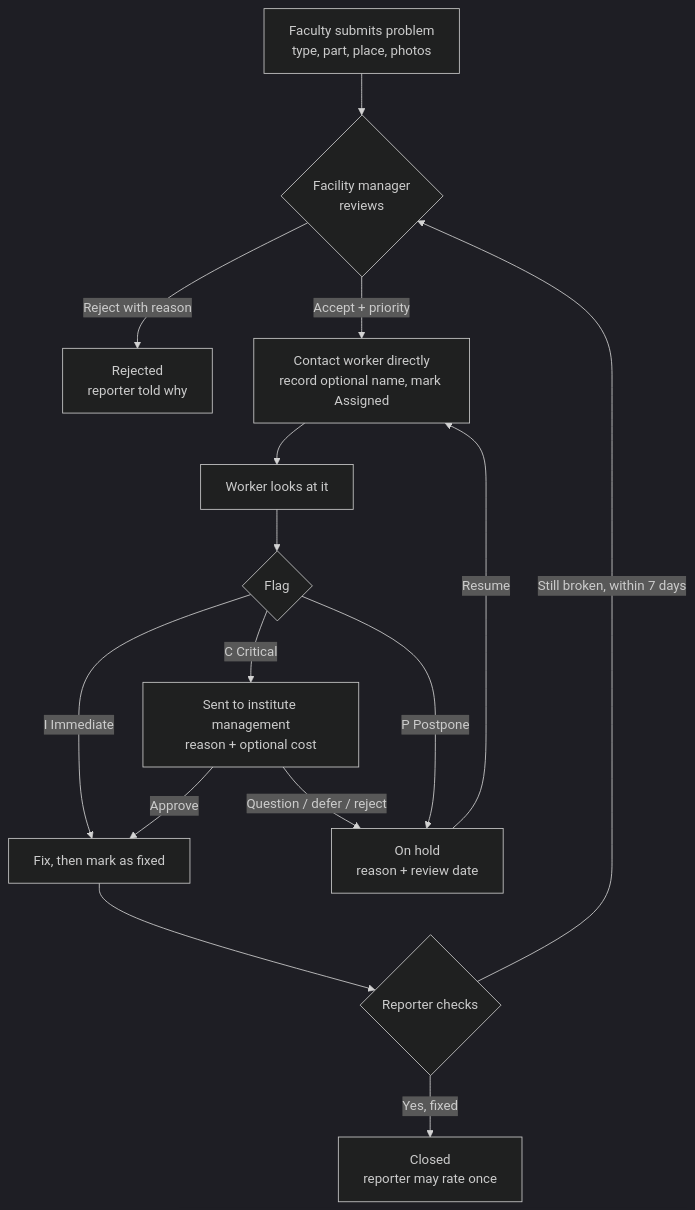
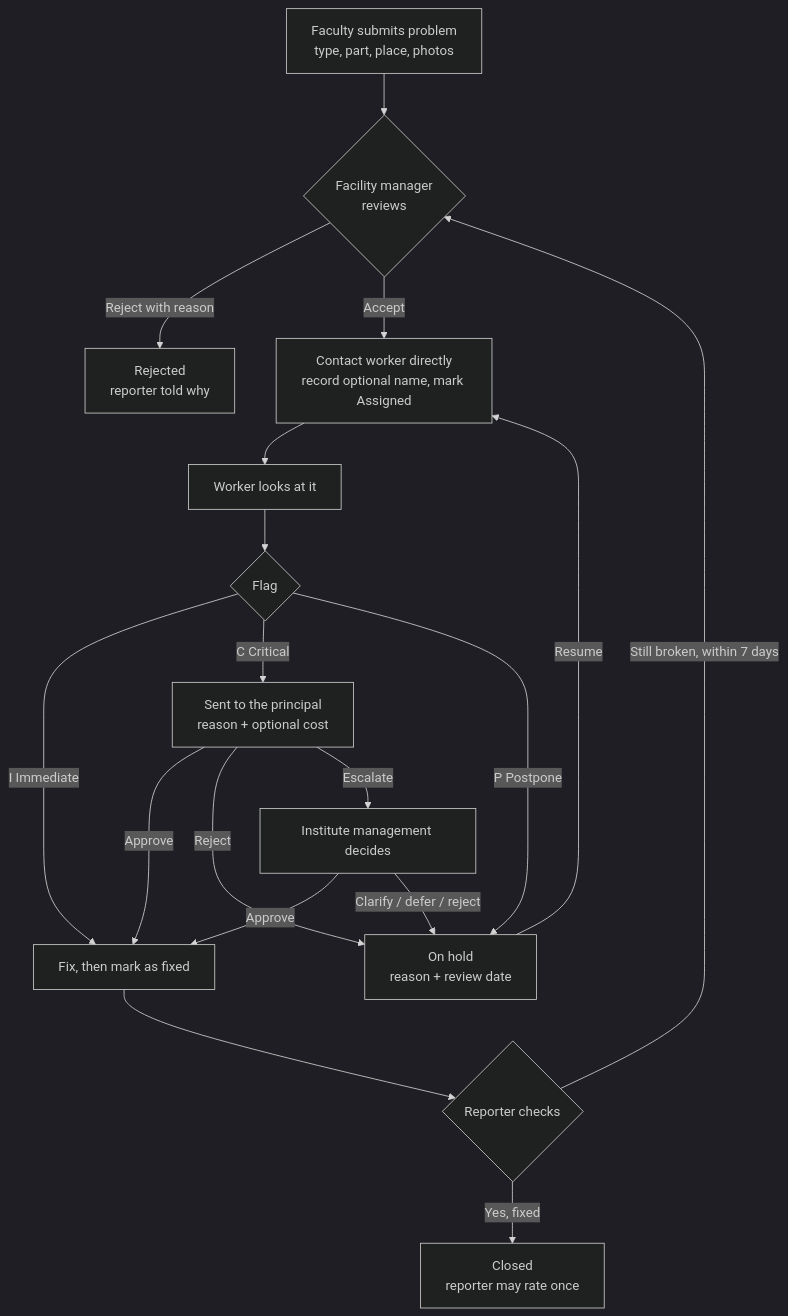
One commit to OSSC-DBIT/pcms changed the third of 5 diagrams in docs/ARCHITECTURE.md. Above: the diagram before and after it, drawn with Mermaid (dark theme). The commit also changed other lines of this file and 71 other files, not shown here.

````diff
--- a/docs/ARCHITECTURE.md
+++ b/docs/ARCHITECTURE.md
@@ -98,17 +100,20 @@
 ```mermaid
 flowchart TD
     A[Faculty submits problem<br/>type, part, place, photos] --> B{Facility manager<br/>reviews}
     B -->|Reject with reason| R[Rejected<br/>reporter told why]
-    B -->|Accept + priority| C[Contact worker directly<br/>record optional name, mark Assigned]
+    B -->|Accept| C[Contact worker directly<br/>record optional name, mark Assigned]
     C --> D[Worker looks at it]
     D --> E{Flag}
     E -->|I Immediate| F[Fix, then mark as fixed]
-    E -->|C Critical| G[Sent to institute management<br/>reason + optional cost]
+    E -->|C Critical| G[Sent to the principal<br/>reason + optional cost]
     E -->|P Postpone| H[On hold<br/>reason + review date]
     G -->|Approve| F
-    G -->|Question / defer / reject| H
+    G -->|Reject| H
+    G -->|Escalate| M[Institute management decides]
+    M -->|Approve| F
+    M -->|Clarify / defer / reject| H
     H -->|Resume| C
     F --> I{Reporter checks}
     I -->|Yes, fixed| J[Closed<br/>reporter may rate once]
     I -->|Still broken, within 7 days| B
 ```
````
